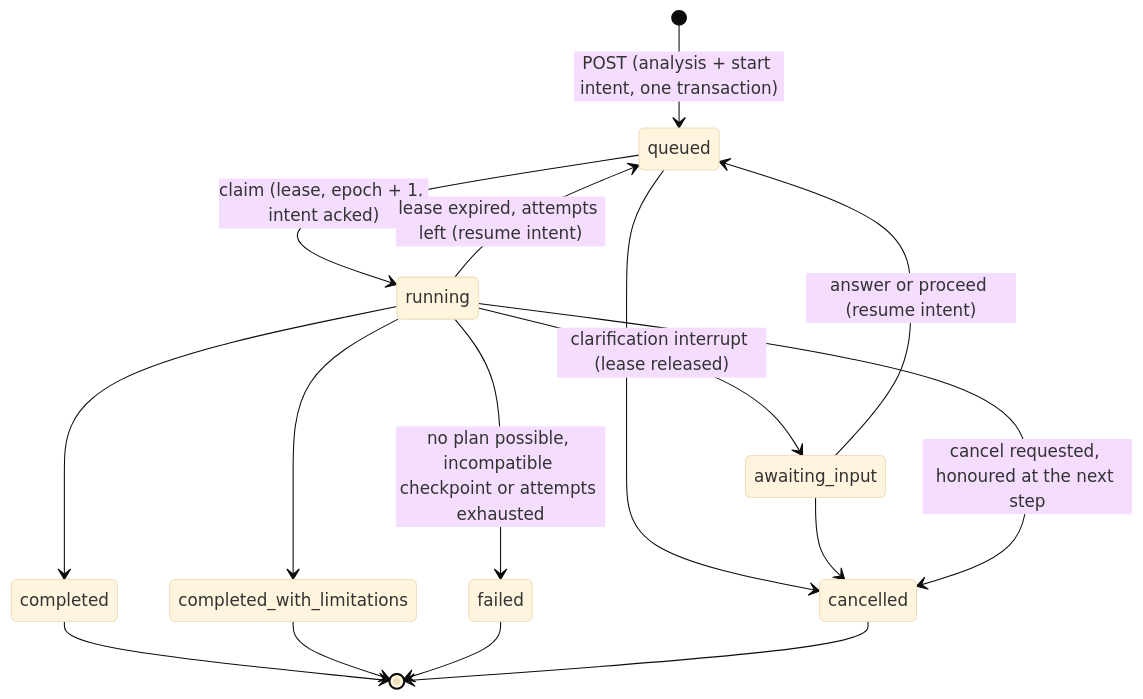
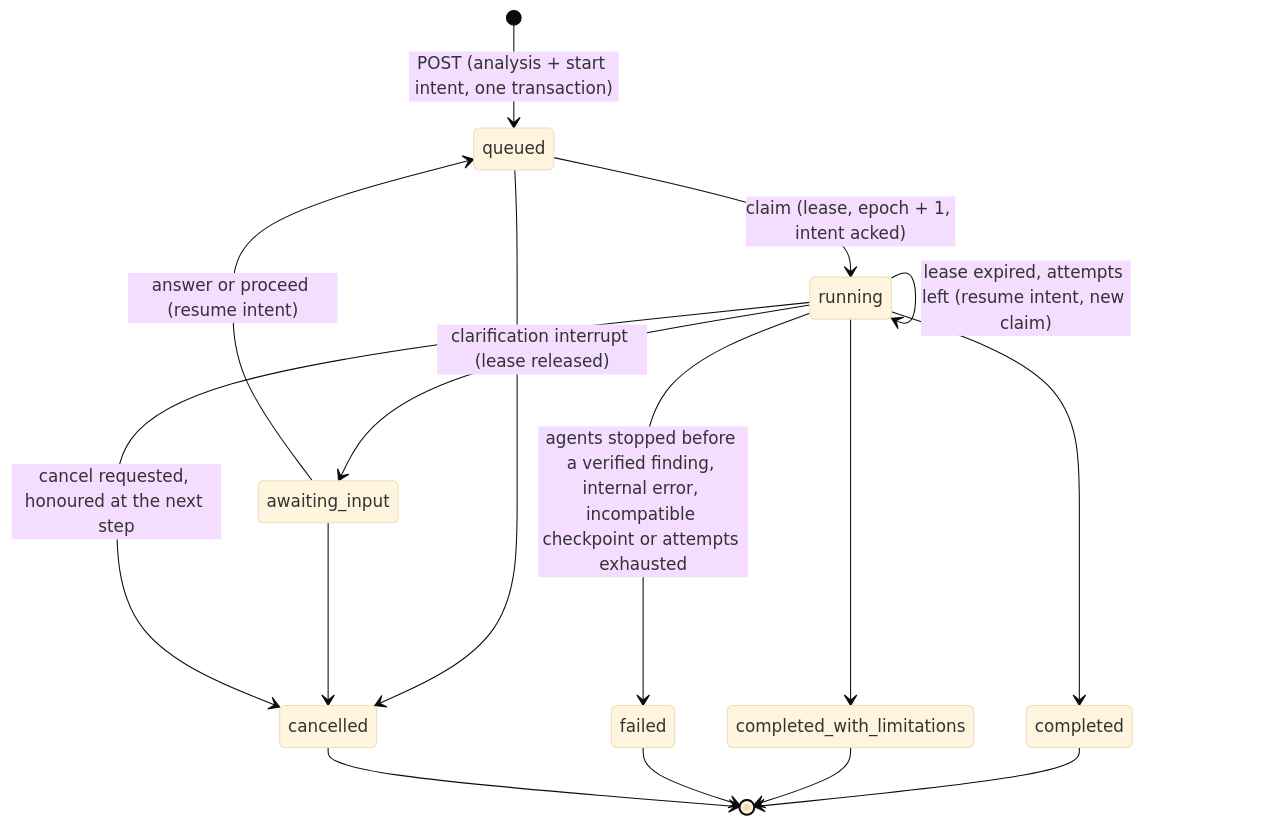
One commit to SaadUlHassan/agentic-policy-analytics changed the fourth of 5 diagrams in ARCHITECTURE.md. Above: the diagram before and after it, drawn with Mermaid (base theme). The commit also changed other lines of this file and 3 other files, not shown here.

````diff
--- a/ARCHITECTURE.md
+++ b/ARCHITECTURE.md
@@ -218,18 +220,18 @@
 ```mermaid
 stateDiagram-v2
   [*] --> queued: POST (analysis + start intent, one transaction)
   queued --> running: claim (lease, epoch + 1, intent acked)
   running --> awaiting_input: clarification interrupt (lease released)
   awaiting_input --> queued: answer or proceed (resume intent)
-  running --> queued: lease expired, attempts left (resume intent)
   running --> completed
   running --> completed_with_limitations
-  running --> failed: no plan possible, incompatible checkpoint or attempts exhausted
+  running --> running: lease expired, attempts left (resume intent, new claim)
+  running --> failed: agents stopped before a verified finding, internal error, incompatible checkpoint or attempts exhausted
   queued --> cancelled
   awaiting_input --> cancelled
   running --> cancelled: cancel requested, honoured at the next step
   completed --> [*]
   completed_with_limitations --> [*]
   failed --> [*]
   cancelled --> [*]
 ```
````
